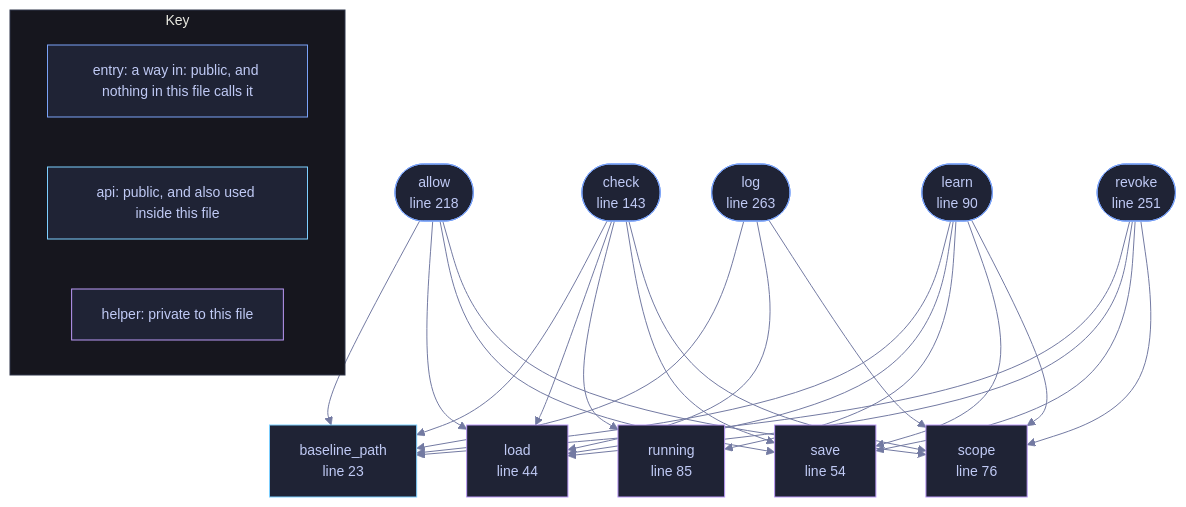
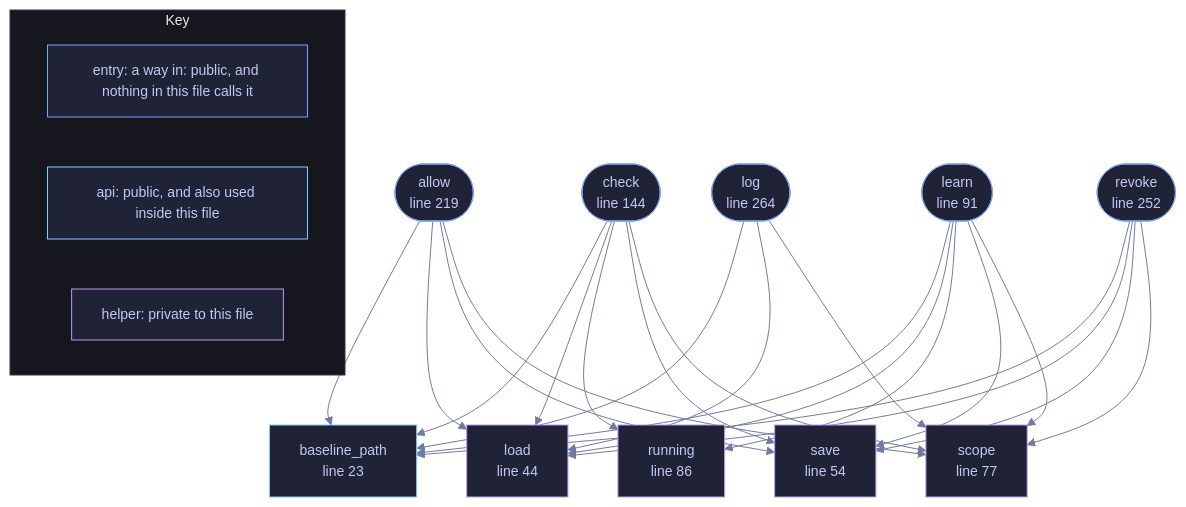
One commit to tilas01/veilvoice changed the diagram in docs/files/veilvoice-cli/appctl.md. Above: the diagram before and after it, drawn with Mermaid. The commit also changed other lines of this file and 514 other files, not shown here.

````diff
--- a/docs/files/veilvoice-cli/appctl.md
+++ b/docs/files/veilvoice-cli/appctl.md
@@ -72,60 +72,60 @@
 ```mermaid
 %%{init: {"theme":"base","themeVariables":{"background":"#1a1b26","primaryColor":"#1f2335","primaryTextColor":"#c0caf5","primaryBorderColor":"#7aa2f7","secondaryColor":"#16161e","tertiaryColor":"#16161e","lineColor":"#737aa2","textColor":"#c0caf5","mainBkg":"#1f2335","nodeBorder":"#7aa2f7","clusterBkg":"#16161e","clusterBorder":"#2f3549","fontFamily":"ui-monospace, SFMono-Regular, Consolas, monospace","fontSize":"14px"}}}%%
 flowchart TD
     n_baseline_path["baseline_path<br/>line 23"]
     n_load["load<br/>line 44"]
     n_save["save<br/>line 54"]
-    n_scope["scope<br/>line 76"]
-    n_running["running<br/>line 85"]
-    n_learn(["learn<br/>line 90"])
-    n_check(["check<br/>line 143"])
-    n_allow(["allow<br/>line 218"])
-    n_revoke(["revoke<br/>line 251"])
-    n_log(["log<br/>line 263"])
+    n_scope["scope<br/>line 77"]
+    n_running["running<br/>line 86"]
+    n_learn(["learn<br/>line 91"])
+    n_check(["check<br/>line 144"])
+    n_allow(["allow<br/>line 219"])
+    n_revoke(["revoke<br/>line 252"])
+    n_log(["log<br/>line 264"])
     n_allow --> n_baseline_path
     n_allow --> n_load
     n_allow --> n_save
     n_allow --> n_scope
     n_check --> n_baseline_path
     n_check --> n_load
     n_check --> n_running
     n_check --> n_save
     n_check --> n_scope
     n_learn --> n_baseline_path
     n_learn --> n_load
     n_learn --> n_running
     n_learn --> n_save
     n_learn --> n_scope
     n_log --> n_baseline_path
     n_log --> n_load
     n_log --> n_scope
     n_revoke --> n_baseline_path
     n_revoke --> n_load
     n_revoke --> n_save
     n_revoke --> n_scope
     click n_baseline_path href "https://github.com/tilas01/veilvoice/blob/main/crates/veilvoice-cli/src/appctl.rs#L23" "open the source"
     click n_load href "https://github.com/tilas01/veilvoice/blob/main/crates/veilvoice-cli/src/appctl.rs#L44" "open the source"
     click n_save href "https://github.com/tilas01/veilvoice/blob/main/crates/veilvoice-cli/src/appctl.rs#L54" "open the source"
-    click n_scope href "https://github.com/tilas01/veilvoice/blob/main/crates/veilvoice-cli/src/appctl.rs#L76" "open the source"
-    click n_running href "https://github.com/tilas01/veilvoice/blob/main/crates/veilvoice-cli/src/appctl.rs#L85" "open the source"
-    click n_learn href "https://github.com/tilas01/veilvoice/blob/main/crates/veilvoice-cli/src/appctl.rs#L90" "open the source"
-    click n_check href "https://github.com/tilas01/veilvoice/blob/main/crates/veilvoice-cli/src/appctl.rs#L143" "open the source"
-    click n_allow href "https://github.com/tilas01/veilvoice/blob/main/crates/veilvoice-cli/src/appctl.rs#L218" "open the source"
-    click n_revoke href "https://github.com/tilas01/veilvoice/blob/main/crates/veilvoice-cli/src/appctl.rs#L251" "open the source"
-    click n_log href "https://github.com/tilas01/veilvoice/blob/main/crates/veilvoice-cli/src/appctl.rs#L263" "open the source"
+    click n_scope href "https://github.com/tilas01/veilvoice/blob/main/crates/veilvoice-cli/src/appctl.rs#L77" "open the source"
+    click n_running href "https://github.com/tilas01/veilvoice/blob/main/crates/veilvoice-cli/src/appctl.rs#L86" "open the source"
+    click n_learn href "https://github.com/tilas01/veilvoice/blob/main/crates/veilvoice-cli/src/appctl.rs#L91" "open the source"
+    click n_check href "https://github.com/tilas01/veilvoice/blob/main/crates/veilvoice-cli/src/appctl.rs#L144" "open the source"
+    click n_allow href "https://github.com/tilas01/veilvoice/blob/main/crates/veilvoice-cli/src/appctl.rs#L219" "open the source"
+    click n_revoke href "https://github.com/tilas01/veilvoice/blob/main/crates/veilvoice-cli/src/appctl.rs#L252" "open the source"
+    click n_log href "https://github.com/tilas01/veilvoice/blob/main/crates/veilvoice-cli/src/appctl.rs#L264" "open the source"
     classDef entry fill:#1f2335,stroke:#7aa2f7,color:#c0caf5
     class n_learn,n_check,n_allow,n_revoke,n_log entry
     classDef api fill:#1f2335,stroke:#7dcfff,color:#c0caf5
     class n_baseline_path api
     classDef helper fill:#1f2335,stroke:#bb9af7,color:#c0caf5
     class n_load,n_save,n_scope,n_running helper
     subgraph chart_key ["Key"]
         direction LR
         key_entry["entry: a way in: public, and nothing in this file calls it"]
         key_api["api: public, and also used inside this file"]
         key_helper["helper: private to this file"]
     end
     class key_entry entry
     class key_api api
     class key_helper helper
 ```
````
